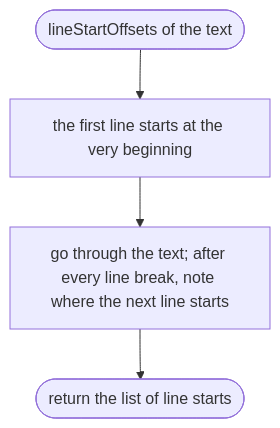
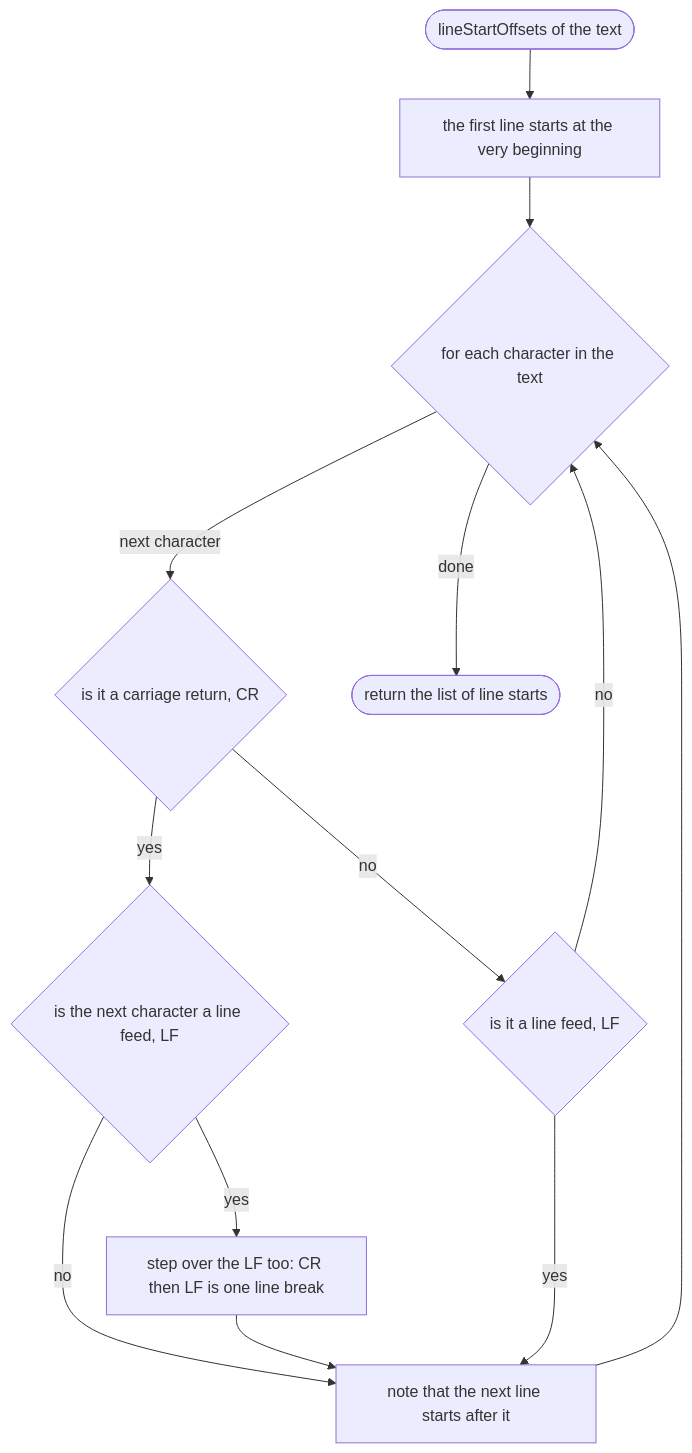
The second of 8 diagrams in docs/designs/src/place/json-text.md (NewDara-Star/world-engine), drawn with Mermaid before and after one commit. The commit also changed other lines of this file and 10 other files, not shown here.

````diff
--- a/docs/designs/src/place/json-text.md
+++ b/docs/designs/src/place/json-text.md
@@ -30,10 +45,24 @@
 ```mermaid
 flowchart TD
   s(["lineStartOffsets of the text"])
   a["the first line starts at the very beginning"]
-  b["go through the text; after every line break, note where the next line starts"]
-  c(["return the list of line starts"])
+  b{"for each character in the text"}
+  c{"is it a carriage return, CR"}
+  d{"is the next character a line feed, LF"}
+  e["step over the LF too: CR then LF is one line break"]
+  f["note that the next line starts after it"]
+  g{"is it a line feed, LF"}
+  h(["return the list of line starts"])
   s --> a
   a --> b
-  b --> c
+  b -->|"next character"| c
+  c -->|"yes"| d
+  d -->|"yes"| e
+  d -->|"no"| f
+  e --> f
+  c -->|"no"| g
+  g -->|"yes"| f
+  g -->|"no"| b
+  f --> b
+  b -->|"done"| h
 ```
````
